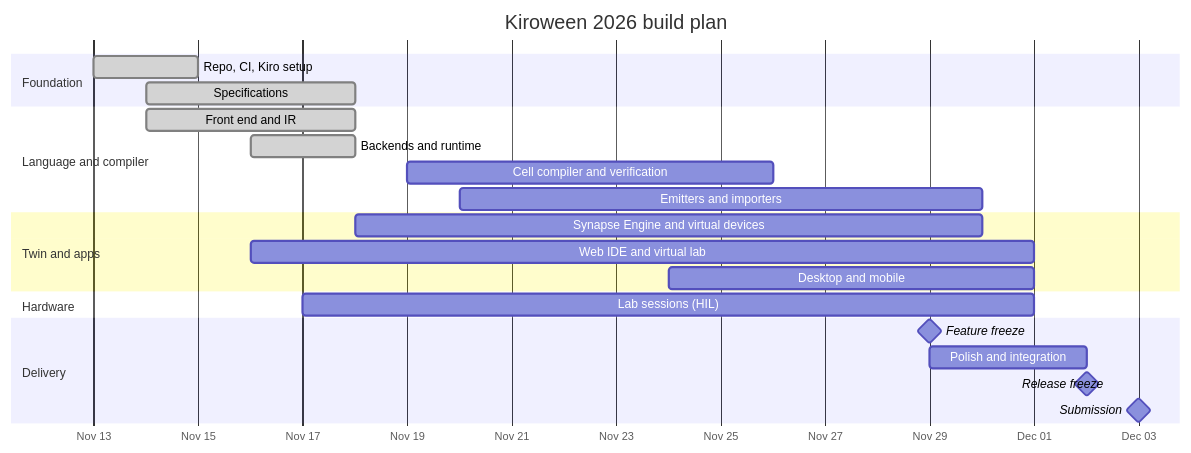
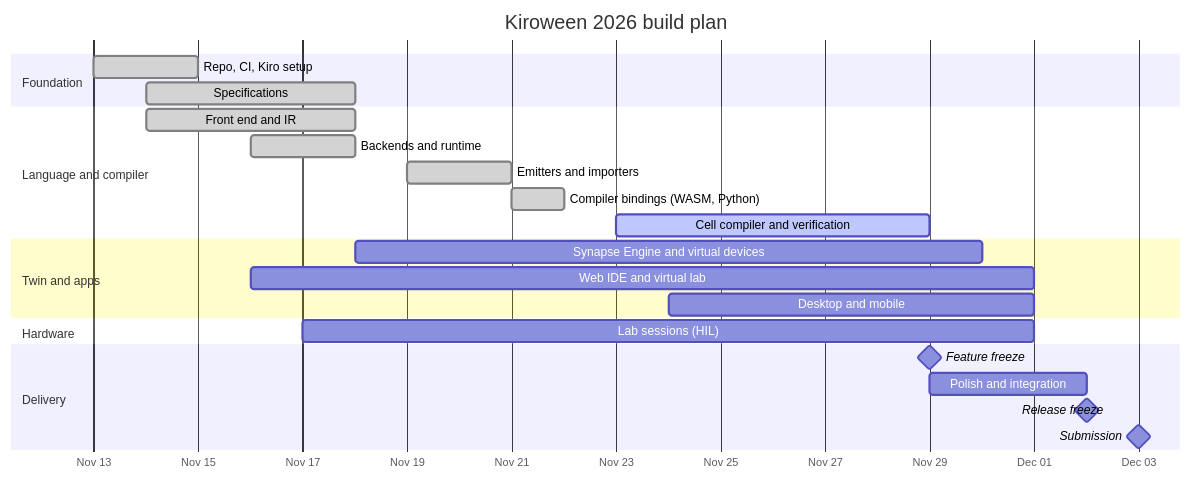
One commit to HCHAPS404/Synapse-Studio changed the sixth of 6 diagrams in README.md. Above: the diagram before and after it, drawn with Mermaid. The commit also changed other lines of this file and 2 other files, not shown here.

````diff
--- a/README.md
+++ b/README.md
@@ -972,25 +1011,26 @@
 ```mermaid
 gantt
   title Kiroween 2026 build plan
   dateFormat YYYY-MM-DD
   axisFormat %b %d
   section Foundation
   Repo, CI, Kiro setup            :done,   f0, 2026-11-13, 2d
   Specifications                  :done,   f1, 2026-11-14, 4d
   section Language and compiler
   Front end and IR                :done,   f2, 2026-11-14, 4d
   Backends and runtime            :done,   f4, 2026-11-16, 2d
-  Cell compiler and verification  :        f6, 2026-11-19, 7d
-  Emitters and importers          :        f7, 2026-11-20, 10d
+  Emitters and importers          :done,   f7, 2026-11-19, 2d
+  Compiler bindings (WASM, Python):done,   f8, 2026-11-21, 1d
+  Cell compiler and verification  :active, f6, 2026-11-23, 6d
   section Twin and apps
   Synapse Engine and virtual devices :     f11, 2026-11-18, 12d
   Web IDE and virtual lab         :        f12, 2026-11-16, 15d
   Desktop and mobile              :        f14, 2026-11-24, 7d
   section Hardware
   Lab sessions (HIL)              :        f10, 2026-11-17, 14d
   section Delivery
   Feature freeze                  :milestone, 2026-11-29, 0d
   Polish and integration          :        f17, 2026-11-29, 3d
   Release freeze                  :milestone, 2026-12-02, 0d
   Submission                      :milestone, 2026-12-03, 0d
 ```
````
